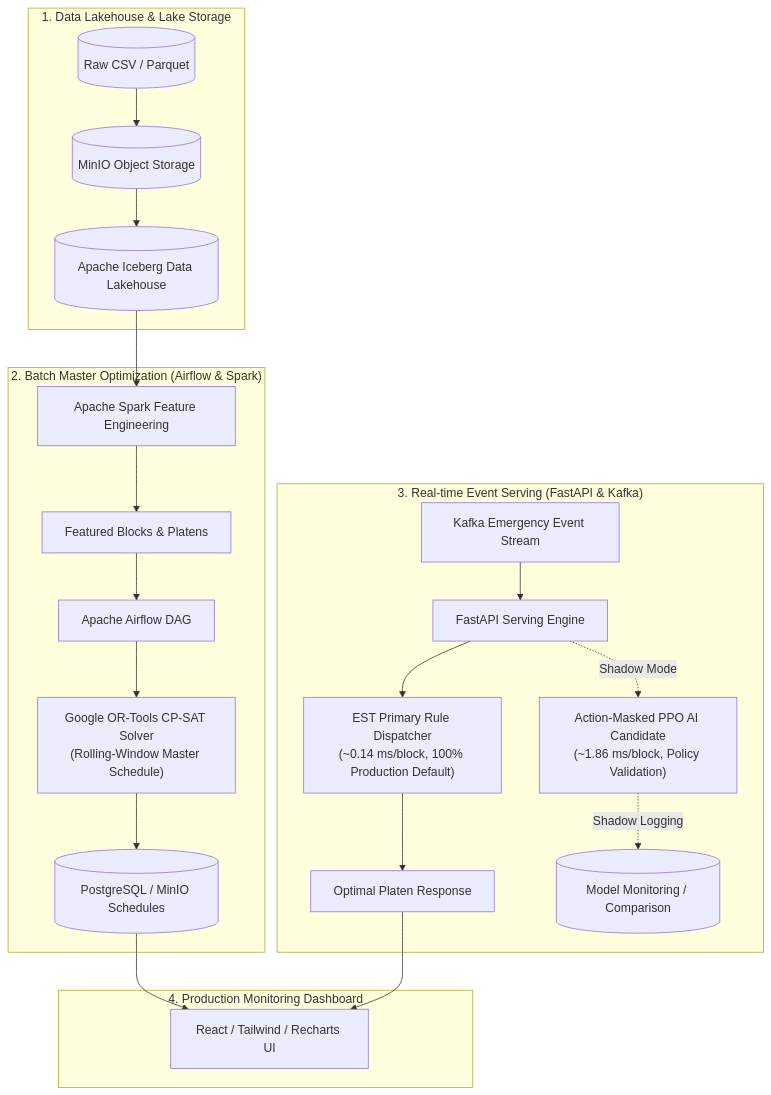
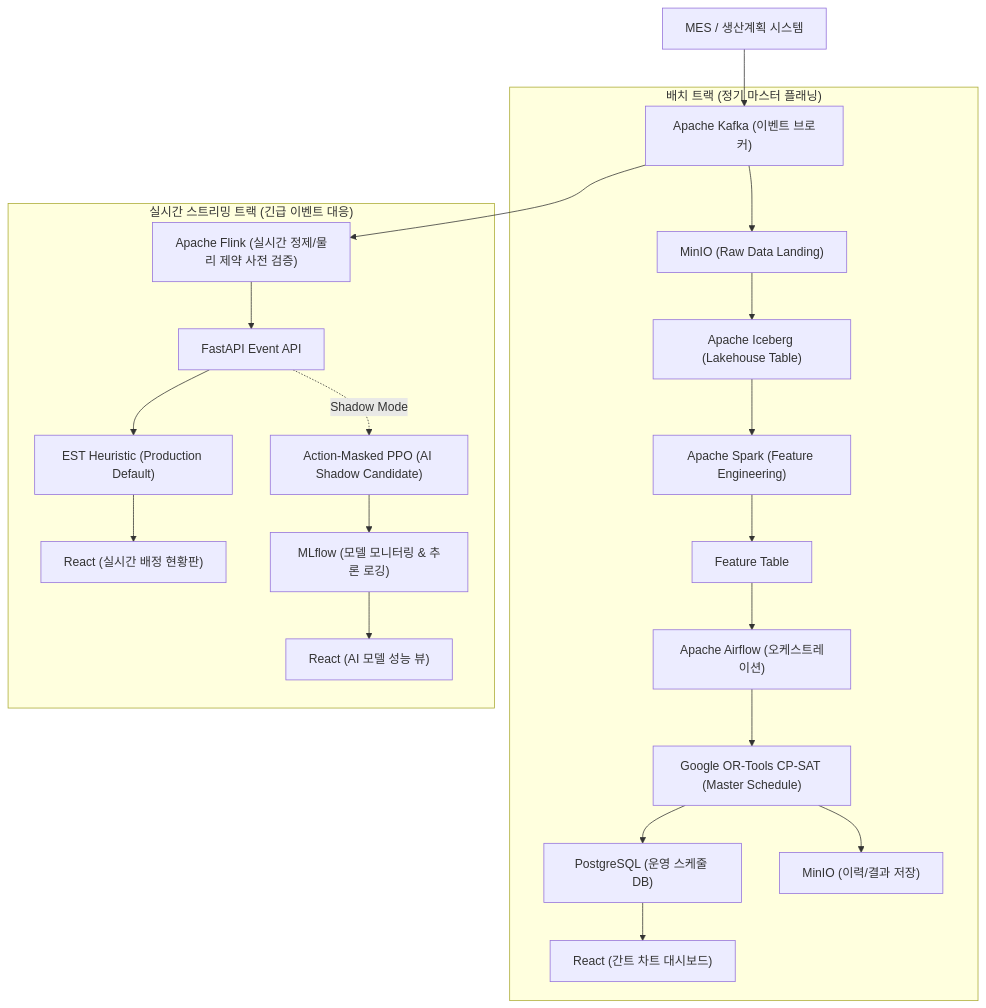
The diagram in 2차프로젝트/README.md (pihet/samsung_project), drawn with Mermaid before and after one commit. The commit also changed other lines of this file, not shown here.

Commit message:
docs: update full architecture diagram with Flink/MLflow and remove arbitrary latency numbers from boxes

````diff
--- a/2차프로젝트/README.md
+++ b/2차프로젝트/README.md
@@ -36,28 +36,26 @@
 ```mermaid
 flowchart TD
-    subgraph Storage ["1. Data Lakehouse & Lake Storage"]
-        RawData[(Raw CSV / Parquet)] --> MinIO[(MinIO Object Storage)]
-        MinIO --> Iceberg[(Apache Iceberg Data Lakehouse)]
+    MES["MES / 생산계획 시스템"] --> Kafka["Apache Kafka (이벤트 브로커)"]
+
+    subgraph BatchTrack ["배치 트랙 (정기 마스터 플래닝)"]
+        Kafka --> MinIO_Raw["MinIO (Raw Data Landing)"]
+        MinIO_Raw --> Iceberg["Apache Iceberg (Lakehouse Table)"]
+        Iceberg --> Spark["Apache Spark (Feature Engineering)"]
+        Spark --> FeatureTable["Feature Table"]
+        FeatureTable --> Airflow["Apache Airflow (오케스트레이션)"]
+        Airflow --> OR_Tools["Google OR-Tools CP-SAT (Master Schedule)"]
+        OR_Tools --> Postgres["PostgreSQL (운영 스케줄 DB)"]
+        OR_Tools --> MinIO_Sched["MinIO (이력/결과 저장)"]
+        Postgres --> React_Master["React (간트 차트 대시보드)"]
     end
 
-    subgraph BatchPipeline ["2. Batch Master Optimization (Airflow & Spark)"]
-        Iceberg --> Spark[Apache Spark Feature Engineering]
-        Spark --> ProcessedFeatures[Featured Blocks & Platens]
-        ProcessedFeatures --> Airflow[Apache Airflow DAG]
-        Airflow --> CP_SAT["Google OR-Tools CP-SAT Solver<br/>(Rolling-Window Master Schedule)"]
-        CP_SAT --> ScheduleDB[(PostgreSQL / MinIO Schedules)]
-    end
-
-    subgraph Serving ["3. Real-time Event Serving (FastAPI & Kafka)"]
-        Kafka[Kafka Emergency Event Stream] --> FastAPI[FastAPI Serving Engine]
-        FastAPI --> EST["EST Primary Rule Dispatcher<br/>(~0.14 ms/block, 100% Production Default)"]
-        FastAPI -. Shadow Mode .-> PPO["Action-Masked PPO AI Candidate<br/>(~1.86 ms/block, Policy Validation)"]
-        EST --> Response[Optimal Platen Response]
-        PPO -. Shadow Logging .-> Evaluation[(Model Monitoring / Comparison)]
-    end
-
-    subgraph Dashboard ["4. Production Monitoring Dashboard"]
-        ScheduleDB --> React[React / Tailwind / Recharts UI]
-        Response --> React
+    subgraph StreamTrack ["실시간 스트리밍 트랙 (긴급 이벤트 대응)"]
+        Kafka --> Flink["Apache Flink (실시간 정제/물리 제약 사전 검증)"]
+        Flink --> FastAPI["FastAPI Event API"]
+        FastAPI --> EST["EST Heuristic (Production Default)"]
+        FastAPI -. Shadow Mode .-> PPO["Action-Masked PPO (AI Shadow Candidate)"]
+        EST --> React_Realtime["React (실시간 배정 현황판)"]
+        PPO --> MLflow["MLflow (모델 모니터링 & 추론 로깅)"]
+        MLflow --> React_Monitor["React (AI 모델 성능 뷰)"]
     end
 ```
````
